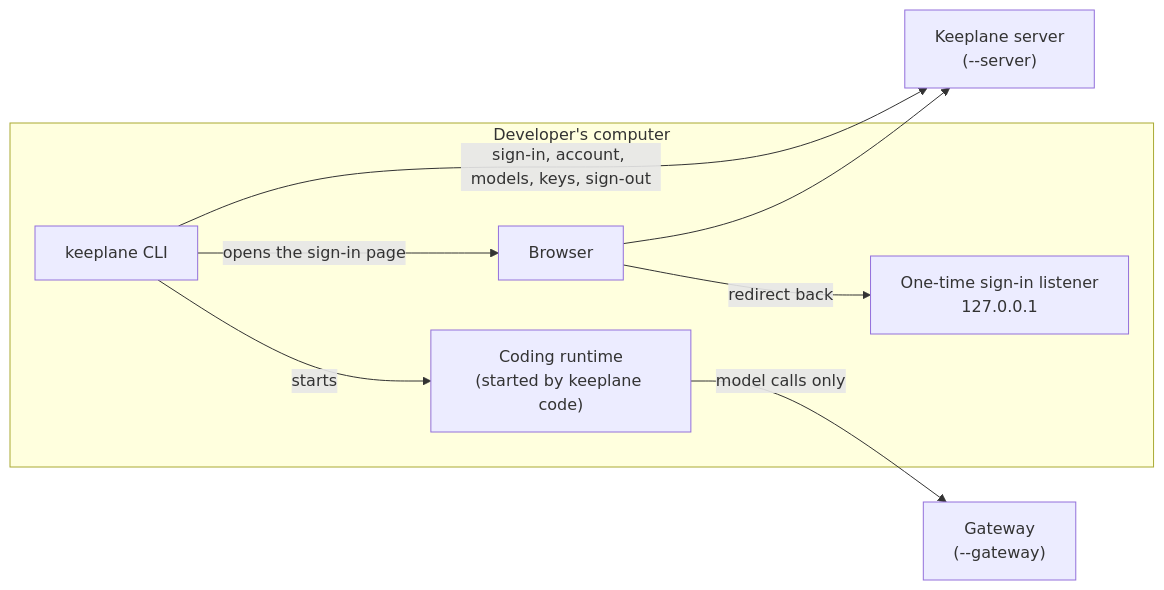
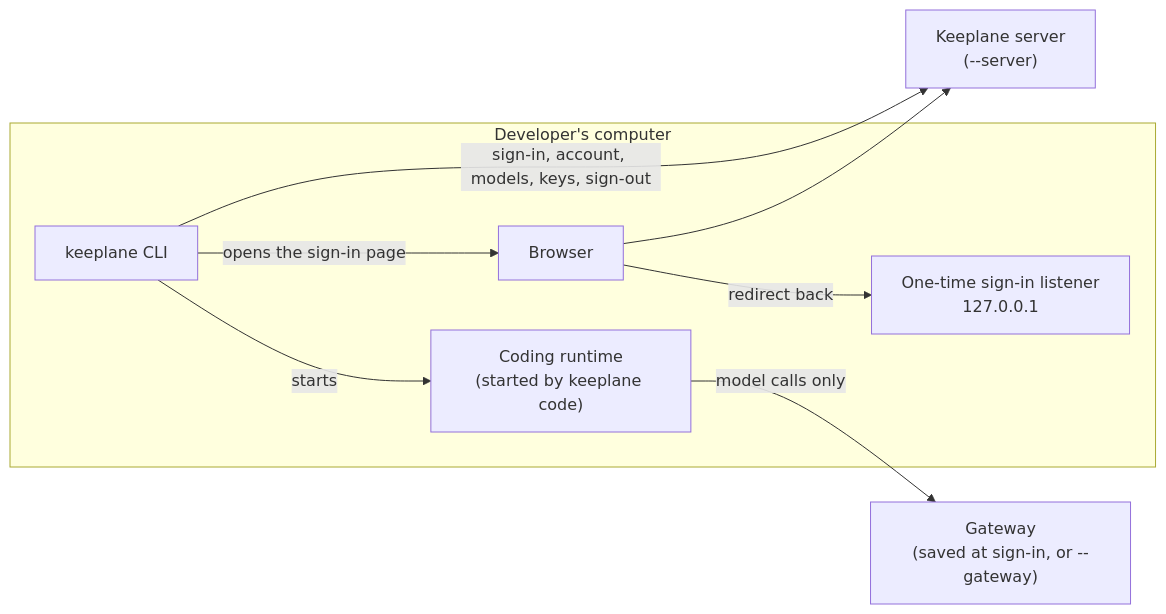
The second of 2 diagrams in docs/guide/outbound-connections.md (OsamaFelFel/keeplane), drawn with Mermaid before and after one commit. The commit also changed other lines of this file and 25 other files, not shown here.

First line of the commit message:
feat(cli): save the server's gateway address at sign-in

````diff
--- a/docs/guide/outbound-connections.md
+++ b/docs/guide/outbound-connections.md
@@ -106,17 +106,17 @@
 ```mermaid
 flowchart LR
   subgraph laptop["Developer's computer"]
     cli["keeplane CLI"]
     callback["One-time sign-in listener<br/>127.0.0.1"]
     browser["Browser"]
     runtime["Coding runtime<br/>(started by keeplane code)"]
   end
   server["Keeplane server<br/>(--server)"]
-  gateway["Gateway<br/>(--gateway)"]
+  gateway["Gateway<br/>(saved at sign-in, or --gateway)"]
   cli -- "sign-in, account, models, keys, sign-out" --> server
   cli -- "opens the sign-in page" --> browser
   browser --> server
   browser -- "redirect back" --> callback
   cli -- "starts" --> runtime
   runtime -- "model calls only" --> gateway
 ```
````
